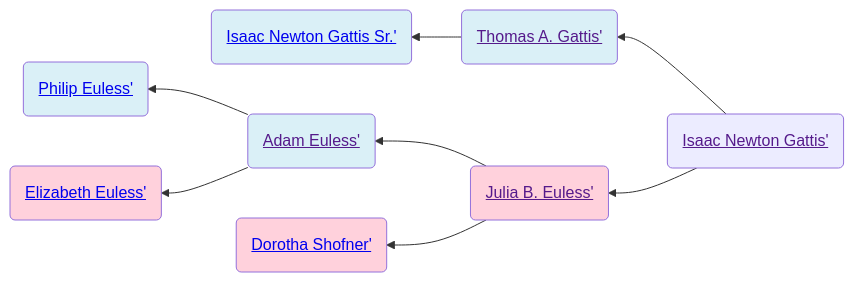
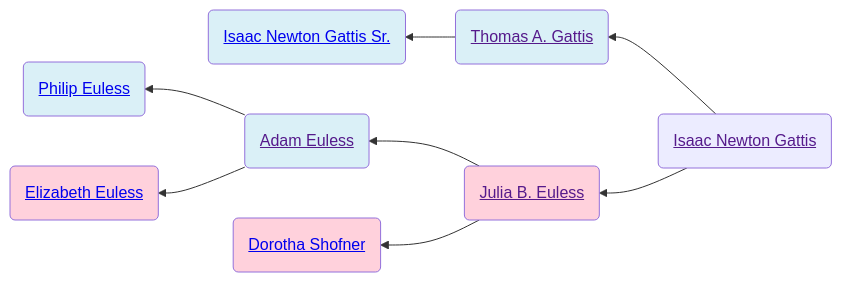
One commit to neelsmith/avocational changed the first of 2 diagrams in familyhistory/sources/people/Gattis-line/Isaac_Newton_Gattis.qmd. Above: the diagram before and after it, drawn with Mermaid. The commit also changed other lines of this file and 96 other files, not shown here.

````diff
--- a/familyhistory/sources/people/Gattis-line/Isaac_Newton_Gattis.qmd
+++ b/familyhistory/sources/people/Gattis-line/Isaac_Newton_Gattis.qmd
@@ -26,22 +26,22 @@
 ```{mermaid}
 graph RL
 %% RL ancestor diagram
-Isaac_Newton_Gattis(<a href=''>Isaac Newton Gattis'</>) -->  Thomas_A._Gattis(<a href='./Thomas_A._Gattis.html'>Thomas A. Gattis'</>)
-Thomas_A._Gattis(<a href=''>Thomas A. Gattis'</>) -->  Isaac_Newton_Gattis_Sr.(<a href='./Isaac_Newton_Gattis_Sr..html'>Isaac Newton Gattis Sr.'</>)
+Isaac_Newton_Gattis(<a href=''>Isaac Newton Gattis</a>) -->  Thomas_A._Gattis(<a href='./Thomas_A._Gattis.html'>Thomas A. Gattis</a>)
+Thomas_A._Gattis(<a href=''>Thomas A. Gattis</a>) -->  Isaac_Newton_Gattis_Sr.(<a href='./Isaac_Newton_Gattis_Sr..html'>Isaac Newton Gattis Sr.</a>)
 class Isaac_Newton_Gattis_Sr. father
 class Thomas_A._Gattis father
-Isaac_Newton_Gattis(<a href=''>Isaac Newton Gattis'</>)  --> Julia_B._Euless(<a href='./Euless-line/Julia_B._Euless.html'>Julia B. Euless'</>)
-Julia_B._Euless(<a href=''>Julia B. Euless'</>) -->  Adam_Euless(<a href='./Adam_Euless.html'>Adam Euless'</>)
-Adam_Euless(<a href=''>Adam Euless'</>) -->  Philip_Euless(<a href='./Philip_Euless.html'>Philip Euless'</>)
+Isaac_Newton_Gattis(<a href=''>Isaac Newton Gattis</a>)  --> Julia_B._Euless(<a href='./Euless-line/Julia_B._Euless.html'>Julia B. Euless</a>)
+Julia_B._Euless(<a href=''>Julia B. Euless</a>) -->  Adam_Euless(<a href='./Adam_Euless.html'>Adam Euless</a>)
+Adam_Euless(<a href=''>Adam Euless</a>) -->  Philip_Euless(<a href='./Philip_Euless.html'>Philip Euless</a>)
 class Philip_Euless father
-Adam_Euless(<a href=''>Adam Euless'</>)  --> Elizabeth_Euless(<a href='./Elizabeth_Euless.html'>Elizabeth Euless'</>)
+Adam_Euless(<a href=''>Adam Euless</a>)  --> Elizabeth_Euless(<a href='./Elizabeth_Euless.html'>Elizabeth Euless</a>)
 class Elizabeth_Euless mother
 class Adam_Euless father
-Julia_B._Euless(<a href=''>Julia B. Euless'</>)  --> Dorotha_Shofner(<a href='./Dorotha_Shofner.html'>Dorotha Shofner'</>)
+Julia_B._Euless(<a href=''>Julia B. Euless</a>)  --> Dorotha_Shofner(<a href='./Dorotha_Shofner.html'>Dorotha Shofner</a>)
 class Dorotha_Shofner mother
 class Julia_B._Euless mother
 classDef mother fill:#ffd1dc
 classDef father fill:#daf0f7  
 classDef marriage fill:#ffffff
 
 ```
````
